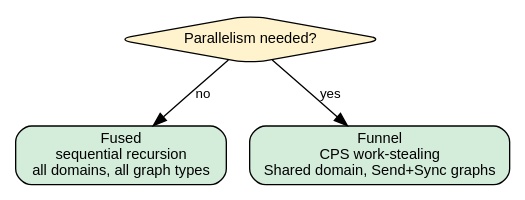
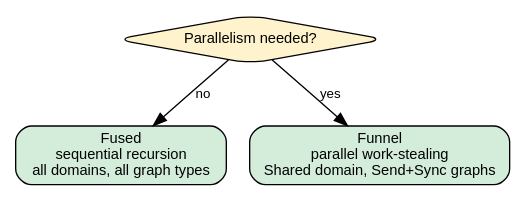
One commit to hylic-recursion/hylic-docs changed the diagram in book/src/guides/execution.md. Above: the diagram before and after it, drawn with Graphviz. The commit also changed other lines of this file and 10 other files, not shown here.

````diff
--- a/book/src/guides/execution.md
+++ b/book/src/guides/execution.md
@@ -35,14 +36,14 @@
 ```dot process
 digraph {
     rankdir=TB;
     node [shape=box, style="rounded,filled", fillcolor="#f5f5f5", fontname="sans-serif", fontsize=11];
     edge [fontname="sans-serif", fontsize=10];
 
     start [label="Parallelism needed?", shape=diamond, fillcolor="#fff3cd"];
     fused [label="Fused\nsequential recursion\nall domains, all graph types", fillcolor="#d4edda"];
-    funnel [label="Funnel\nCPS work-stealing\nShared domain, Send+Sync graphs", fillcolor="#d4edda"];
+    funnel [label="Funnel\nparallel work-stealing\nShared domain, Send+Sync graphs", fillcolor="#d4edda"];
 
     start -> fused [label="no"];
     start -> funnel [label="yes"];
 }
 ```
````
